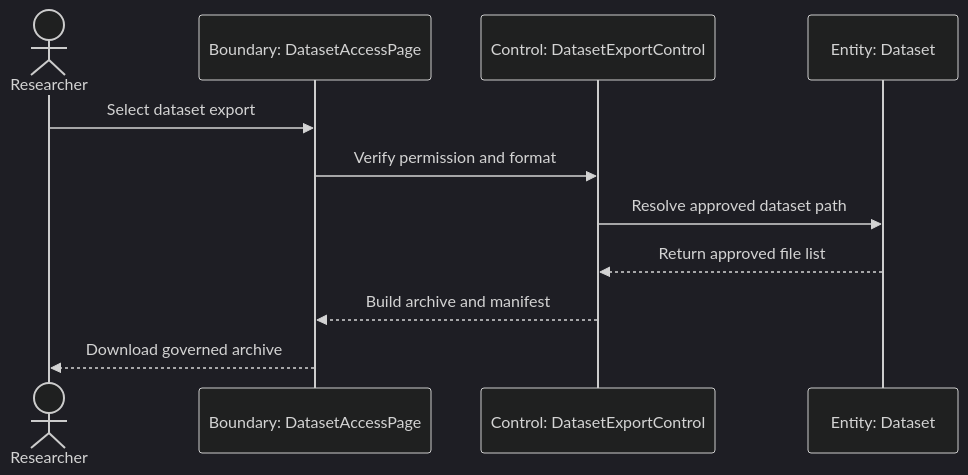
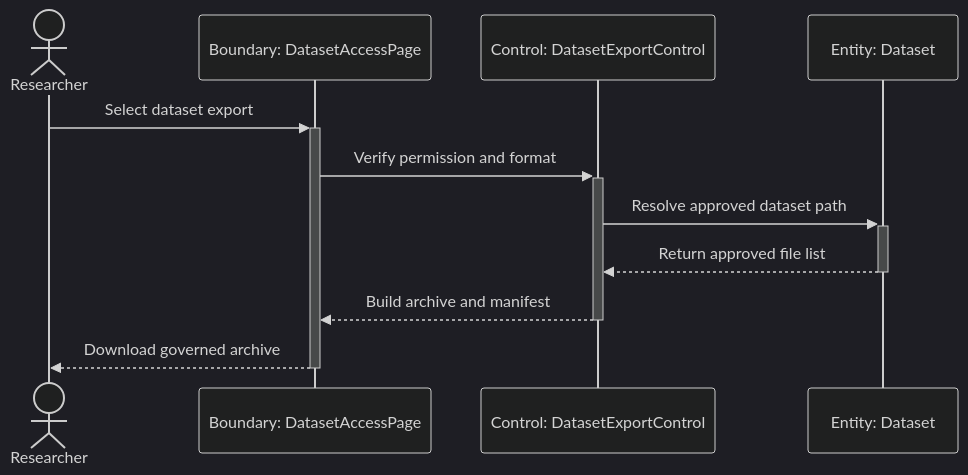
One commit to zhabgjialu2003-sudo/Counting-Maize-Tassels-in-the-Wild-via-Deep-Neural-Network changed the diagram in docs/design/uml/story-extensions/b-8/sequence.mmd. Above: the diagram before and after it, drawn with Mermaid (dark theme). The commit also changed 32 other files, not shown here.

First line of the commit message:
docs(diagrams): add sequence activation bars

```diff
--- a/docs/design/uml/story-extensions/b-8/sequence.mmd
+++ b/docs/design/uml/story-extensions/b-8/sequence.mmd
@@ -1,11 +1,11 @@
 sequenceDiagram
 actor Researcher as Researcher
 participant DatasetAccessPage as Boundary: DatasetAccessPage
 participant DatasetExportControl as Control: DatasetExportControl
 participant Dataset as Entity: Dataset
-Researcher->>DatasetAccessPage: Select dataset export
-DatasetAccessPage->>DatasetExportControl: Verify permission and format
-DatasetExportControl->>Dataset: Resolve approved dataset path
-Dataset-->>DatasetExportControl: Return approved file list
-DatasetExportControl-->>DatasetAccessPage: Build archive and manifest
-DatasetAccessPage-->>Researcher: Download governed archive
+Researcher->>+DatasetAccessPage: Select dataset export
+DatasetAccessPage->>+DatasetExportControl: Verify permission and format
+DatasetExportControl->>+Dataset: Resolve approved dataset path
+Dataset-->>-DatasetExportControl: Return approved file list
+DatasetExportControl-->>-DatasetAccessPage: Build archive and manifest
+DatasetAccessPage-->>-Researcher: Download governed archive
```
